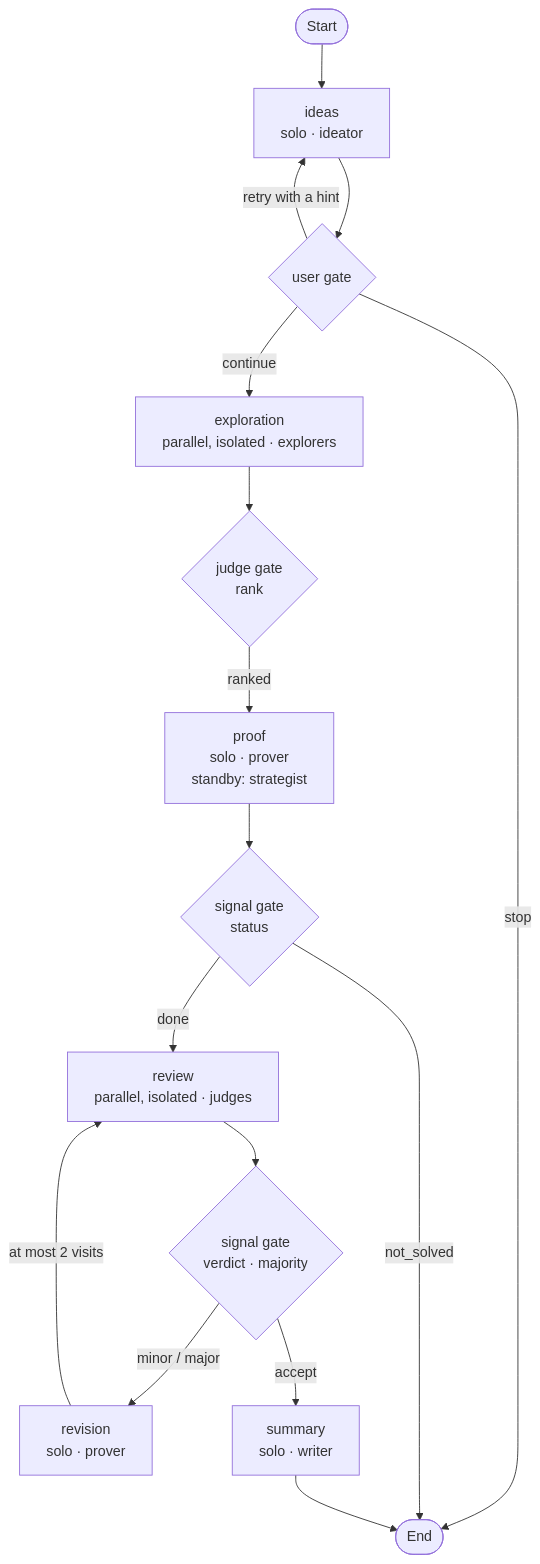
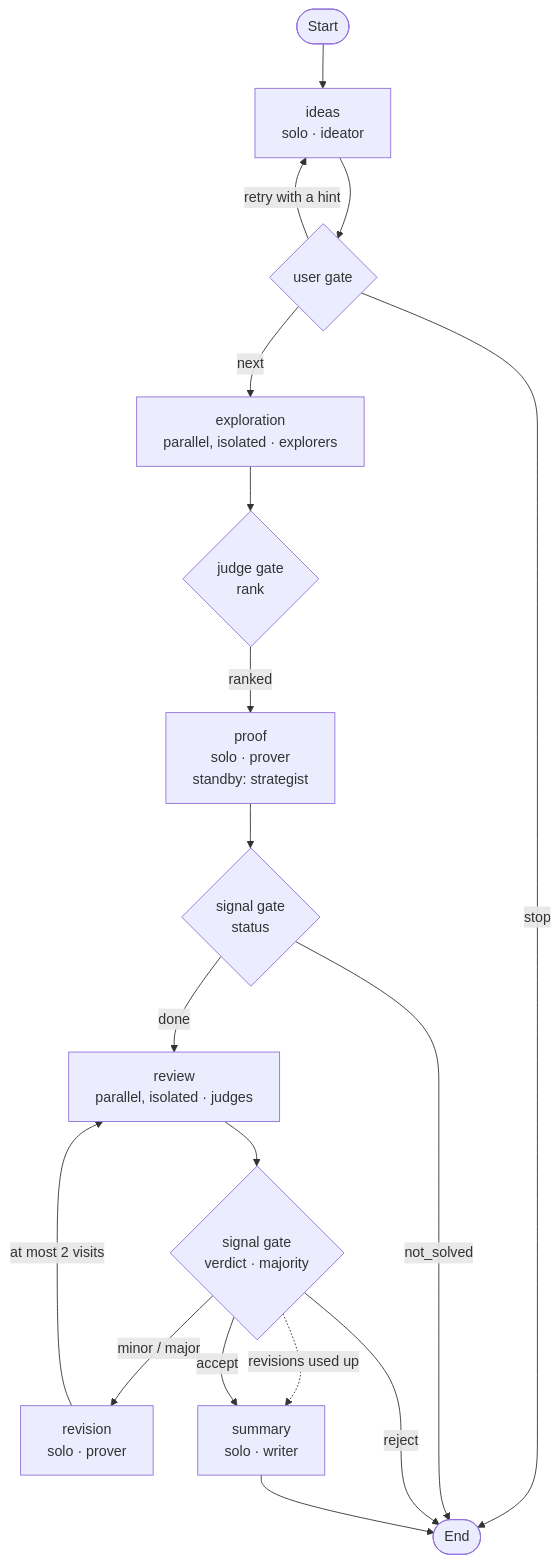
The seventh of 7 diagrams in docs/research-groups.md (LinoBugia/agentic-research-runner), drawn with Mermaid before and after one commit. The commit also changed other lines of this file and 1 other file, not shown here.

````diff
--- a/docs/research-groups.md
+++ b/docs/research-groups.md
@@ -188,18 +287,20 @@
 ```mermaid
 flowchart TD
   S(["Start"]) --> I["ideas<br/>solo · ideator"]
   I --> U{"user gate"}
   U -->|"retry with a hint"| I
   U -->|stop| E(["End"])
-  U -->|continue| X["exploration<br/>parallel, isolated · explorers"]
+  U -->|next| X["exploration<br/>parallel, isolated · explorers"]
   X --> G1{"judge gate<br/>rank"}
   G1 -->|ranked| P["proof<br/>solo · prover<br/>standby: strategist"]
   P --> G2{"signal gate<br/>status"}
   G2 -->|not_solved| E
   G2 -->|done| R["review<br/>parallel, isolated · judges"]
   R --> G3{"signal gate<br/>verdict · majority"}
   G3 -->|"minor / major"| V["revision<br/>solo · prover"]
   V -->|"at most 2 visits"| R
+  G3 -->|reject| E
+  G3 -.->|"revisions used up"| Z
   G3 -->|accept| Z["summary<br/>solo · writer"]
   Z --> E
 ```
````
